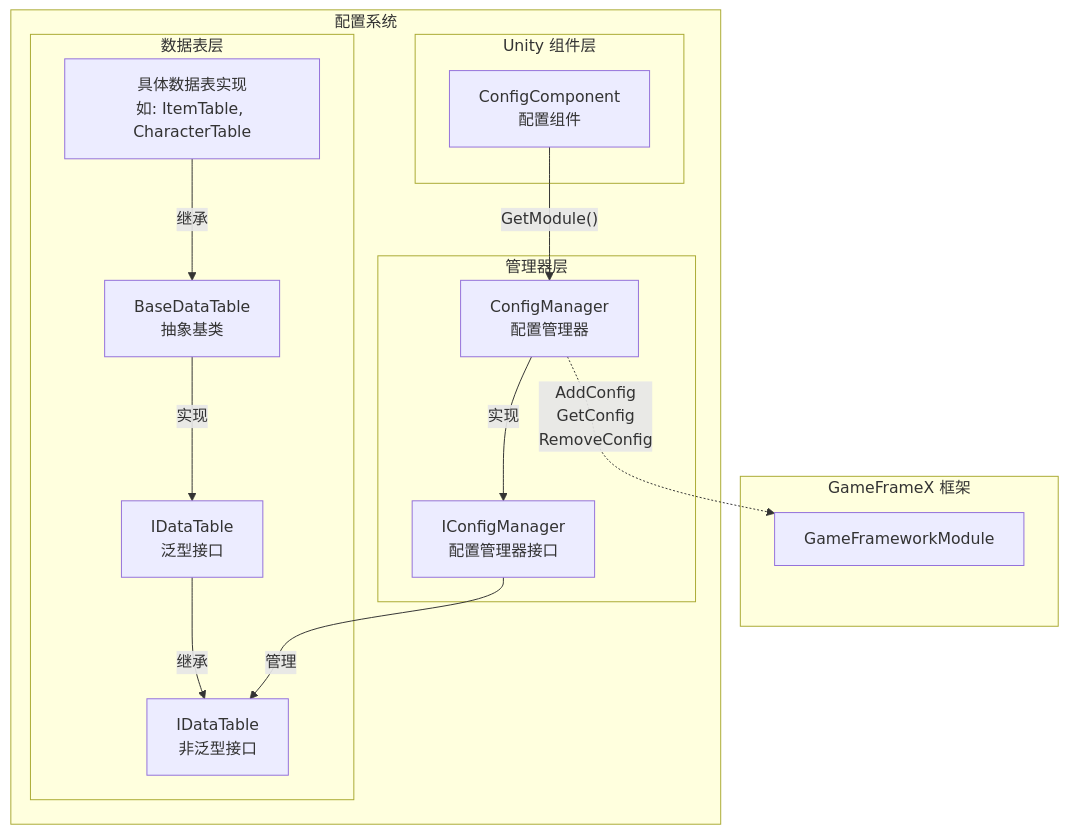
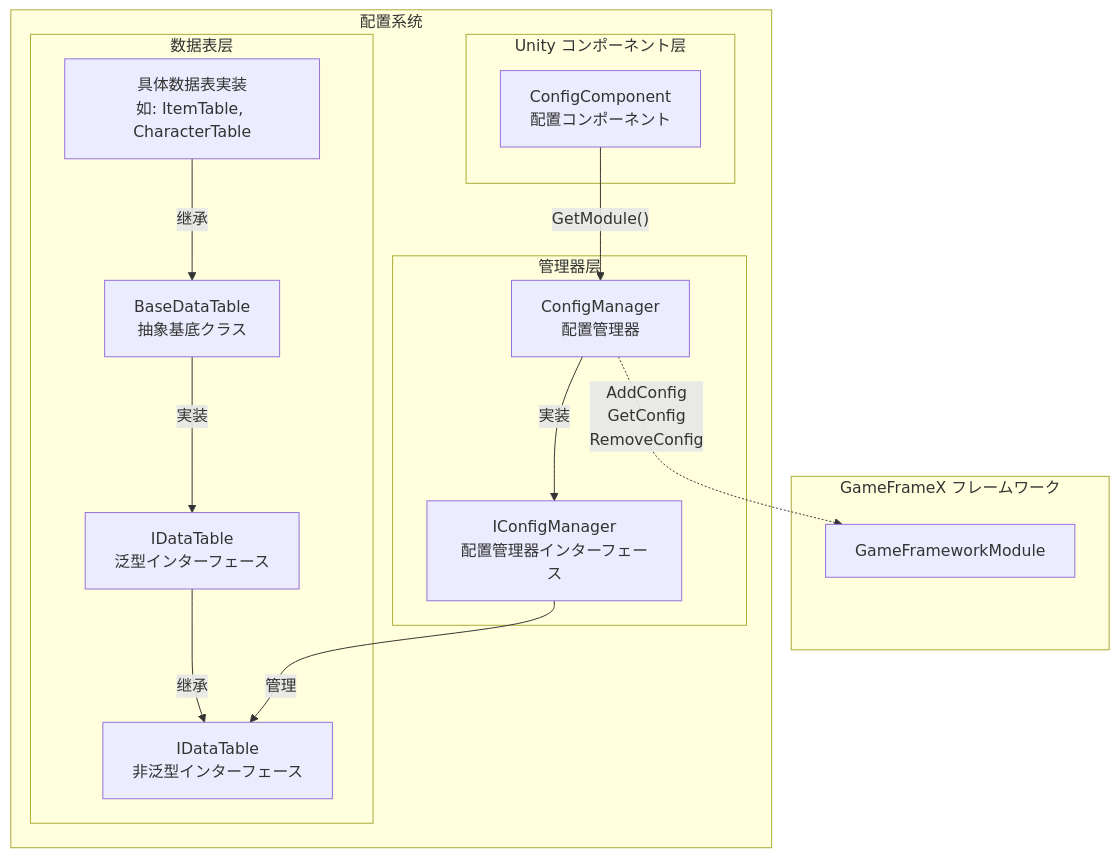
One commit to AlianBlank/GameFrameX.Docs changed the first of 2 diagrams in docs/ja/client/unity/component/config/09.config-manager.md. Above: the diagram before and after it, drawn with Mermaid. The commit also changed other lines of this file and 603 other files, not shown here.

````diff
--- a/docs/ja/client/unity/component/config/09.config-manager.md
+++ b/docs/ja/client/unity/component/config/09.config-manager.md
@@ -20,33 +20,33 @@
 ```mermaid
 flowchart TD
-    subgraph GameFramework["GameFrameX 框架"]
+    subgraph GameFramework["GameFrameX フレームワーク"]
         GF_Module["GameFrameworkModule"]
     end
 
     subgraph ConfigSystem["配置系统"]
-        subgraph UnityComponent["Unity 组件层"]
-            ConfigComp["ConfigComponent<br/>配置组件"]
+        subgraph UnityComponent["Unity コンポーネント层"]
+            ConfigComp["ConfigComponent<br/>配置コンポーネント"]
         end
 
         subgraph ManagerLayer["管理器层"]
             ConfigMgr["ConfigManager<br/>配置管理器"]
-            IConfigMgr["IConfigManager<br/>配置管理器接口"]
+            IConfigMgr["IConfigManager<br/>配置管理器インターフェース"]
         end
 
         subgraph DataTableLayer["数据表层"]
-            IDataTable_NonGen["IDataTable<br/>非泛型接口"]
-            IDataTable_Gen["IDataTable<T><br/>泛型接口"]
-            BaseDataTable["BaseDataTable<T><br/>抽象基类"]
-            ConcreteTable["具体数据表实现<br/>如: ItemTable, CharacterTable"]
+            IDataTable_NonGen["IDataTable<br/>非泛型インターフェース"]
+            IDataTable_Gen["IDataTable<T><br/>泛型インターフェース"]
+            BaseDataTable["BaseDataTable<T><br/>抽象基底クラス"]
+            ConcreteTable["具体数据表実装<br/>如: ItemTable, CharacterTable"]
         end
     end
 
     ConfigComp -->|"GetModule<IConfigManager>()"| ConfigMgr
-    ConfigMgr -->|"实现"| IConfigMgr
+    ConfigMgr -->|"実装"| IConfigMgr
     IConfigMgr -->|"管理"| IDataTable_NonGen
     IDataTable_Gen -->|"继承"| IDataTable_NonGen
-    BaseDataTable -->|"实现"| IDataTable_Gen
+    BaseDataTable -->|"実装"| IDataTable_Gen
     ConcreteTable -->|"继承"| BaseDataTable
     
     ConfigMgr -.->|"AddConfig<br/>GetConfig<br/>RemoveConfig"| GF_Module
 ```
````
